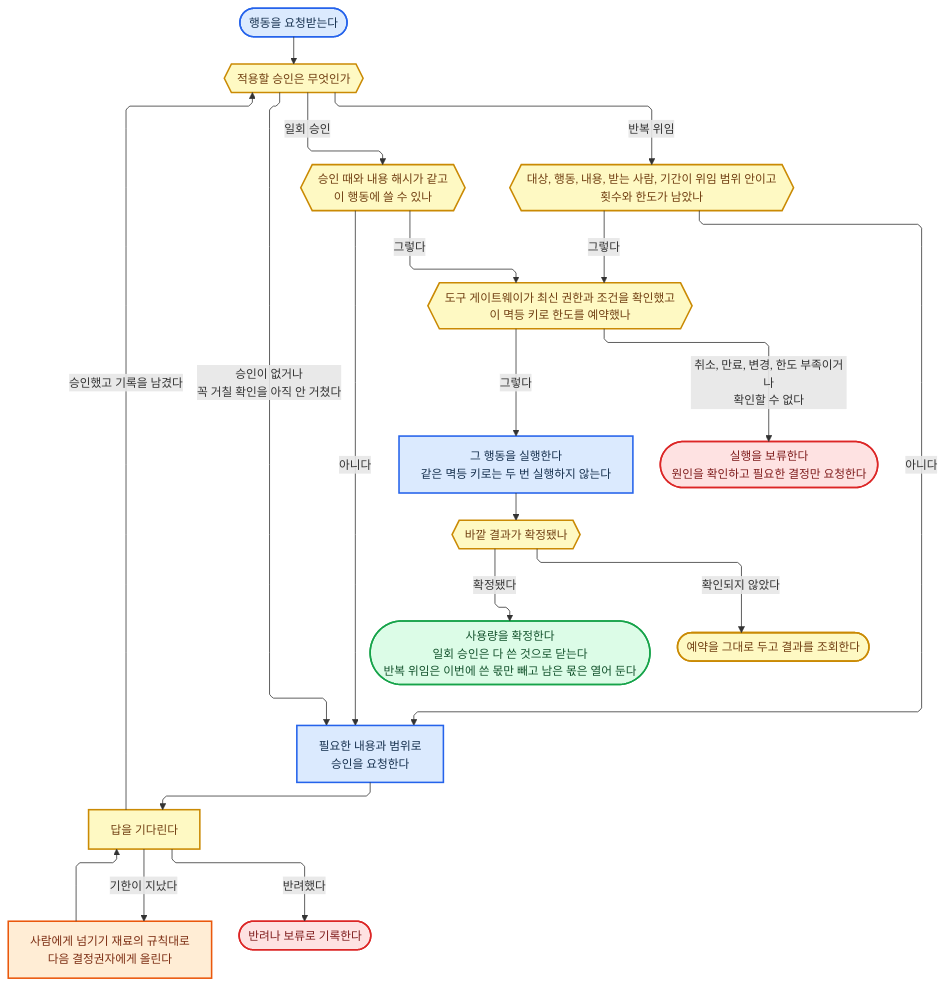
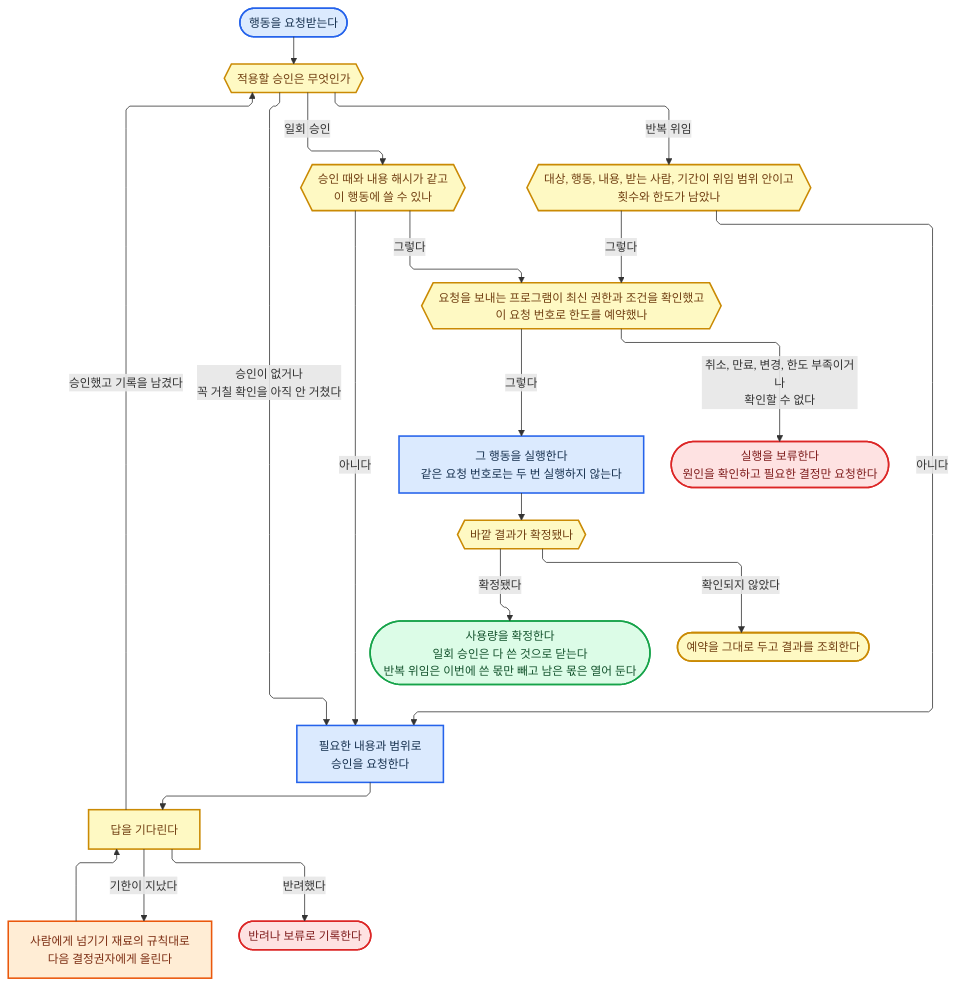
The tenth of 24 diagrams in 전문가 에이전트 정의 2.md (harisbaguette/expert), drawn with Mermaid before and after one commit. The commit also changed other lines of this file and 1 other file, not shown here.

````diff
--- a/전문가 에이전트 정의 2.md
+++ b/전문가 에이전트 정의 2.md
@@ -1926,44 +1873,44 @@
 ```mermaid
 %%{init: {"flowchart":{"wrappingWidth":640,"curve":"linear","nodeSpacing":45,"rankSpacing":55,"padding":14,"useMaxWidth":true,"defaultRenderer":"elk"},"themeVariables":{"fontSize":"15px"},"layout":"elk","elk":{"mergeEdges":false,"nodePlacementStrategy":"NETWORK_SIMPLEX","keepEntryNodeOnTop":true,"cycleBreakingStrategy":"MODEL_ORDER","forceNodeModelOrder":true}} }%%
 flowchart TB
     RESULT{{"바깥 결과가 확정됐나"}}:::note
     ONE{{"승인 때와 내용 해시가 같고<br/>이 행동에 쓸 수 있나"}}:::note
     WAIT["답을 기다린다"]:::note
-    RUN["그 행동을 실행한다<br/>같은 멱등 키로는 두 번 실행하지 않는다"]:::main
+    RUN["그 행동을 실행한다<br/>같은 요청 번호로는 두 번 실행하지 않는다"]:::main
     UP["사람에게 넘기기 재료의 규칙대로<br/>다음 결정권자에게 올린다"]:::back
     REQ["필요한 내용과 범위로<br/>승인을 요청한다"]:::main
     START(["행동을 요청받는다"]):::main
-    CHK{{"도구 게이트웨이가 최신 권한과 조건을 확인했고<br/>이 멱등 키로 한도를 예약했나"}}:::note
+    CHK{{"요청을 보내는 프로그램이 최신 권한과 조건을 확인했고<br/>이 요청 번호로 한도를 예약했나"}}:::note
     VOID(["실행을 보류한다<br/>원인을 확인하고 필요한 결정만 요청한다"]):::stop
     MANY{{"대상, 행동, 내용, 받는 사람, 기간이 위임 범위 안이고<br/>횟수와 한도가 남았나"}}:::note
     NO(["반려나 보류로 기록한다"]):::stop
     KIND{{"적용할 승인은 무엇인가"}}:::note
     CLOSE(["사용량을 확정한다<br/>일회 승인은 다 쓴 것으로 닫는다<br/>반복 위임은 이번에 쓴 몫만 빼고 남은 몫은 열어 둔다"]):::good
     HOLD(["예약을 그대로 두고 결과를 조회한다"]):::note
     WAIT -- "반려했다" --> NO
     WAIT -- "승인했고 기록을 남겼다" --> KIND
     CHK -- "그렇다" --> RUN
     RESULT -- "확인되지 않았다" --> HOLD
     KIND -- "반복 위임" --> MANY
     UP --> WAIT
     MANY -- "아니다" --> REQ
     RESULT -- "확정됐다" --> CLOSE
     START --> KIND
     MANY -- "그렇다" --> CHK
     KIND -- "승인이 없거나<br/>꼭 거칠 확인을 아직 안 거쳤다" --> REQ
     ONE -- "아니다" --> REQ
     KIND -- "일회 승인" --> ONE
     RUN --> RESULT
     CHK -- "취소, 만료, 변경, 한도 부족이거나<br/>확인할 수 없다" --> VOID
     WAIT -- "기한이 지났다" --> UP
     ONE -- "그렇다" --> CHK
     REQ --> WAIT
     %% 배치용 보이지 않는 연결: 선은 그려지지 않고 상자 위치만 잡음
     HOLD ~~~ REQ
     VOID ~~~ HOLD
     classDef main fill:#dbeafe,stroke:#2563eb,stroke-width:2px,color:#17314f
     classDef stop fill:#fee2e2,stroke:#dc2626,stroke-width:2px,color:#7f1d1d
     classDef back fill:#ffedd5,stroke:#ea580c,stroke-width:2px,color:#7c2d12
     classDef good fill:#dcfce7,stroke:#16a34a,stroke-width:2px,color:#14532d
     classDef note fill:#fef9c3,stroke:#ca8a04,stroke-width:2px,color:#713f12
 ```
````
